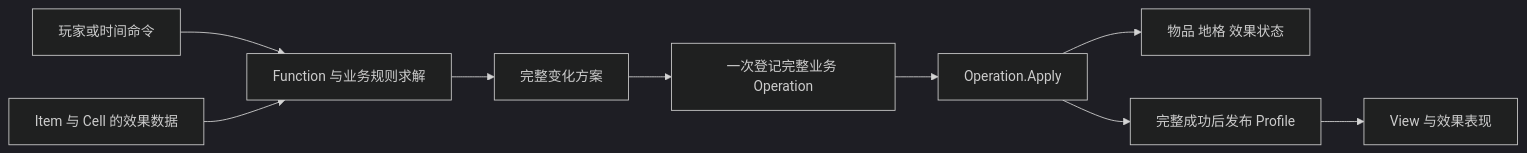
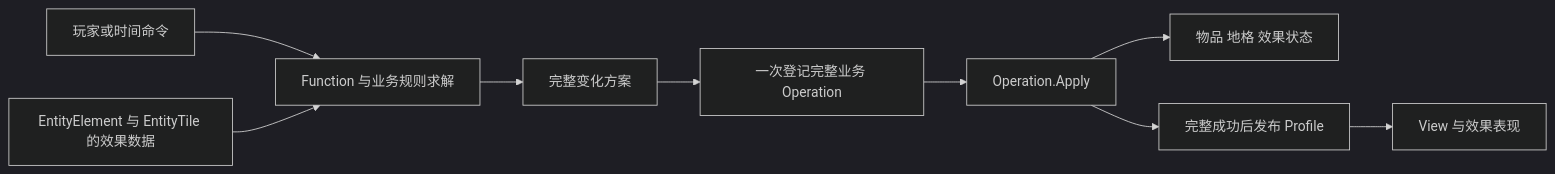
The diagram in _Plan/10_Function与Effect建模讨论.md (LIQIANGEASTSUN/MergeTwo), drawn with Mermaid (dark theme) before and after one commit. The commit also changed other lines of this file and 27 other files, not shown here.

````diff
--- a/_Plan/10_Function与Effect建模讨论.md
+++ b/_Plan/10_Function与Effect建模讨论.md
@@ -134,11 +134,11 @@
 ```mermaid
 flowchart LR
     Command[玩家或时间命令] --> Rules[Function 与业务规则求解]
-    Effects[Item 与 Cell 的效果数据] --> Rules
+    Effects[EntityElement 与 EntityTile 的效果数据] --> Rules
     Rules --> Plan[完整变化方案]
     Plan --> Record[一次登记完整业务 Operation]
     Record --> Apply[Operation.Apply]
     Apply --> State[物品 地格 效果状态]
     Apply --> Profile[完整成功后发布 Profile]
     Profile --> Graphic[View 与效果表现]
 ```
````
